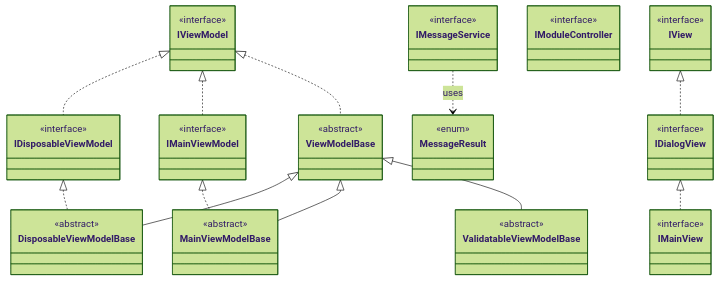
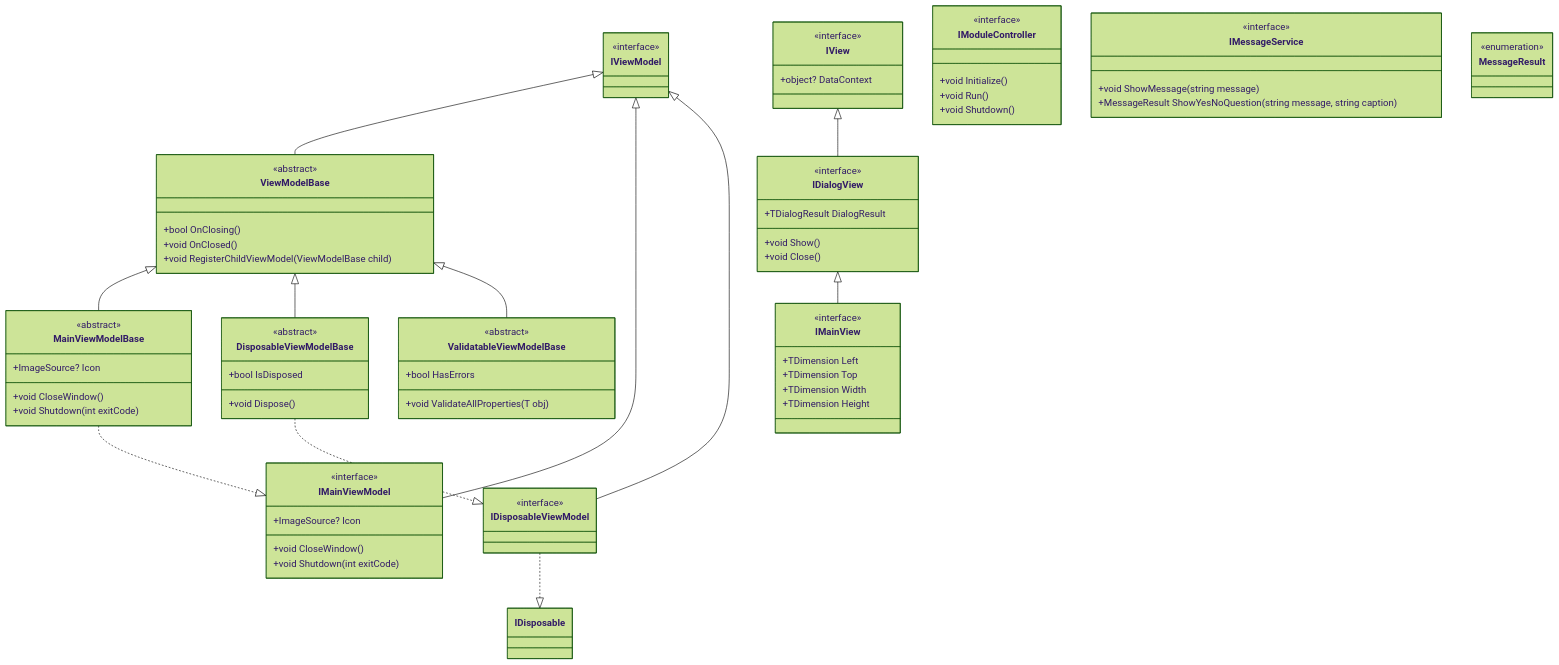
One commit to wetzlmaier-scch/mvvm changed the diagram in doc/Mvvm.md. Above: the diagram before and after it, drawn with Mermaid (forest theme). The commit also changed other lines of this file and 111 other files, not shown here.

````diff
--- a/doc/Mvvm.md
+++ b/doc/Mvvm.md
@@ -37,53 +52,82 @@
 classDiagram
     class IViewModel {
         <<interface>>
+    }
+    class ViewModelBase {
+        <<abstract>>
+        +bool OnClosing()
+        +void OnClosed()
+        +void RegisterChildViewModel(ViewModelBase child)
+    }
+    class MainViewModelBase {
+        <<abstract>>
+        +ImageSource? Icon
+        +void CloseWindow()
+        +void Shutdown(int exitCode)
+    }
+    class DisposableViewModelBase {
+        <<abstract>>
+        +bool IsDisposed
+        +void Dispose()
+    }
+    class ValidatableViewModelBase {
+        <<abstract>>
+        +bool HasErrors
+        +void ValidateAllProperties(T obj)
     }
     class IDisposableViewModel {
         <<interface>>
     }
     class IMainViewModel {
         <<interface>>
+        +ImageSource? Icon
+        +void CloseWindow()
+        +void Shutdown(int exitCode)
     }
     class IView {
         <<interface>>
+        +object? DataContext
     }
     class IDialogView {
         <<interface>>
+        +void Show()
+        +void Close()
+        +TDialogResult DialogResult
     }
     class IMainView {
         <<interface>>
+        +TDimension Left
+        +TDimension Top
+        +TDimension Width
+        +TDimension Height
     }
     class IModuleController {
         <<interface>>
+        +void Initialize()
+        +void Run()
+        +void Shutdown()
     }
     class IMessageService {
         <<interface>>
+        +void ShowMessage(string message)
+        +MessageResult ShowYesNoQuestion(string message, string caption)
     }
     class MessageResult {
-        <<enum>>
-    }
-    class ViewModelBase {
-        <<abstract>>
-    }
-    class DisposableViewModelBase {
-        <<abstract>>
-    }
-    class MainViewModelBase {
-        <<abstract>>
-    }
-    class ValidatableViewModelBase {
-        <<abstract>>
+        <<enumeration>>
     }
 
-    IViewModel <|.. IDisposableViewModel
-    IViewModel <|.. IMainViewModel
-    IView <|.. IDialogView
-    IDialogView <|.. IMainView
-    IViewModel <|.. ViewModelBase
+    IViewModel <|-- ViewModelBase
+    ViewModelBase <|-- MainViewModelBase
     ViewModelBase <|-- DisposableViewModelBase
-    ViewModelBase <|-- MainViewModelBase
     ViewModelBase <|-- ValidatableViewModelBase
-    IDisposableViewModel <|.. DisposableViewModelBase
-    IMainViewModel <|.. MainViewModelBase
-    IMessageService ..> MessageResult : uses
+    
+    IViewModel <|-- IMainViewModel
+    IViewModel <|-- IDisposableViewModel
+    IDisposableViewModel ..|> IDisposable
+    
+    MainViewModelBase ..|> IMainViewModel
+    DisposableViewModelBase ..|> IDisposableViewModel
+    
+    IView <|-- IDialogView
+    IDialogView <|-- IMainView
 ```
````
